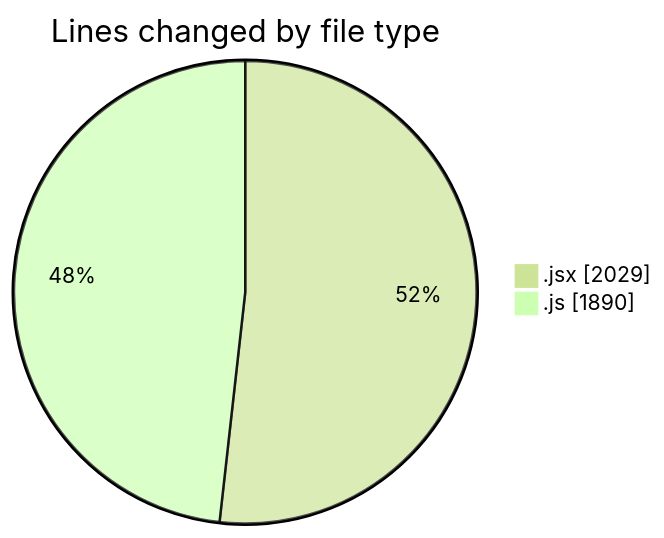
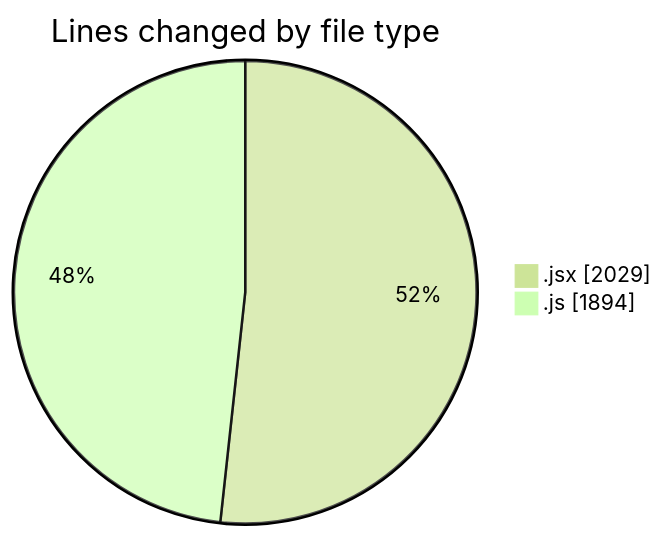
One commit to nxtqubesakshisongat/code-tracking changed the first of 2 diagrams in 2025-09-21/nxtqube_webapp/README.md. Above: the diagram before and after it, drawn with Mermaid (forest theme). The commit also changed other lines of this file and 1 other file, not shown here.

````diff
--- a/2025-09-21/nxtqube_webapp/README.md
+++ b/2025-09-21/nxtqube_webapp/README.md
@@ -23,6 +23,6 @@
 ```mermaid
 pie showData
 title Lines changed by file type
 ".jsx" : 2029
-".js" : 1890
+".js" : 1894
 ```
````
